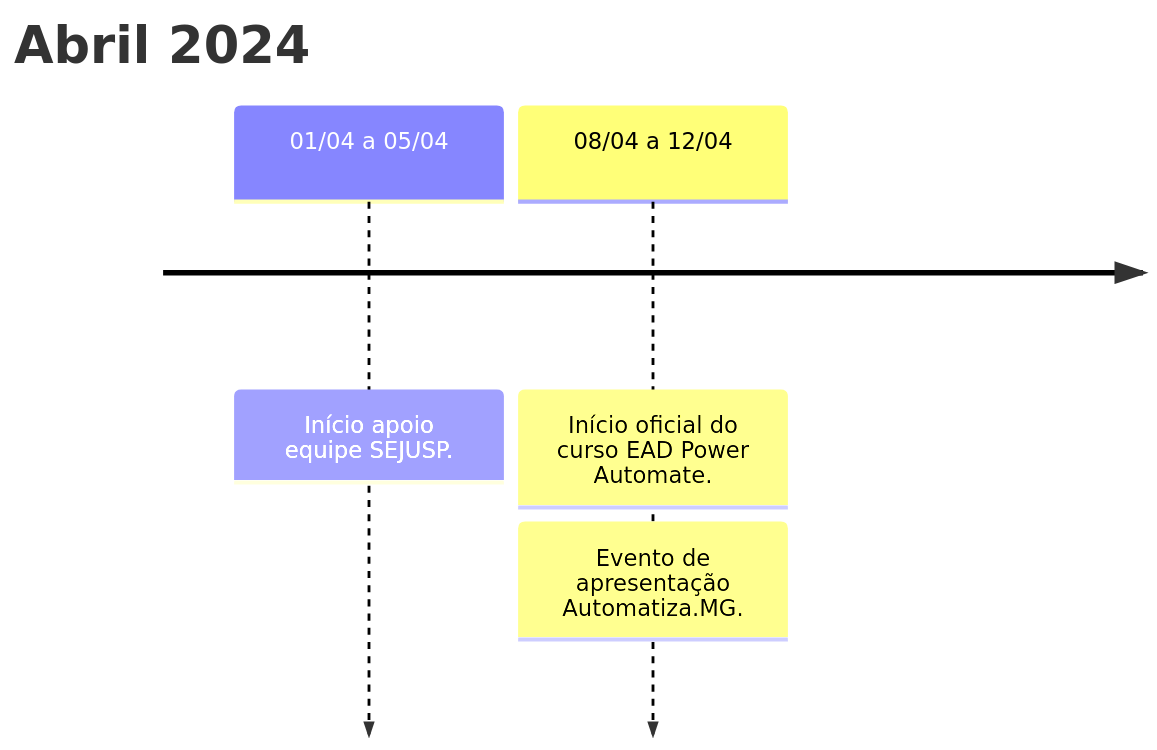
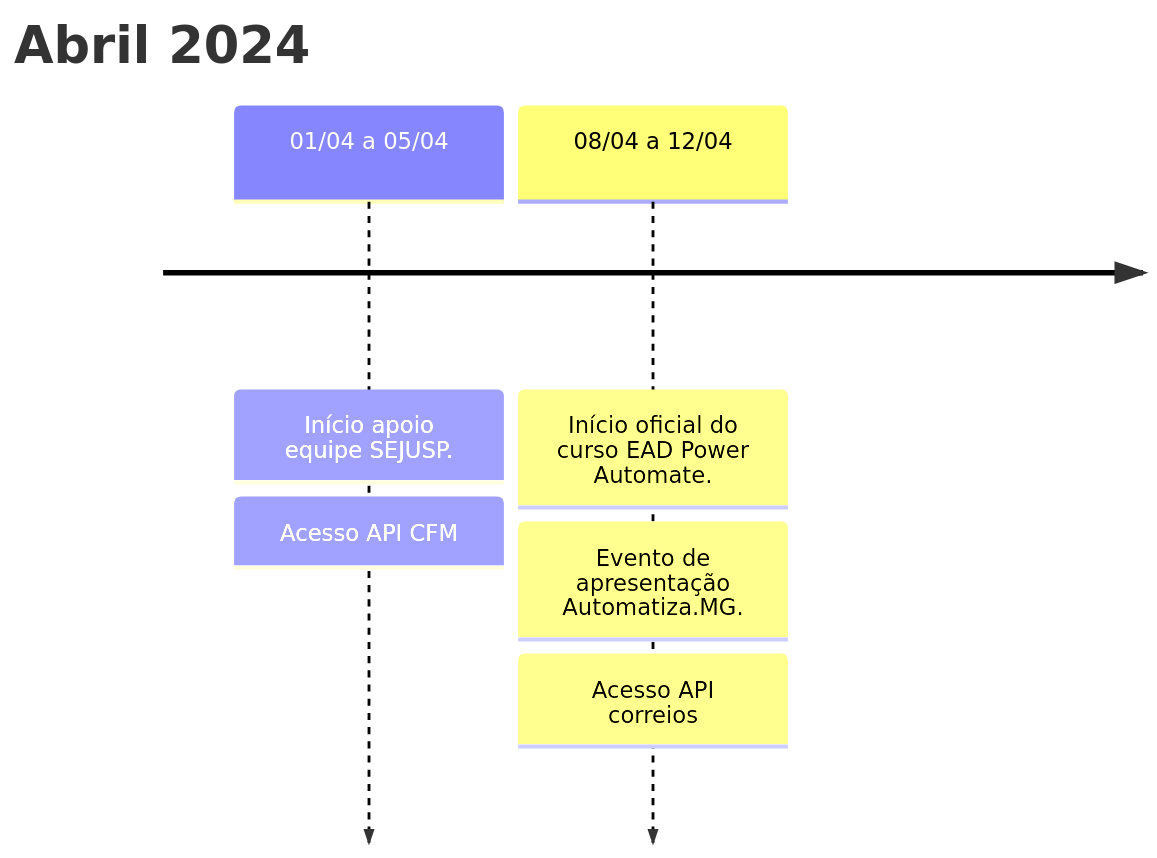
One commit to automatiza-mg/handbook changed the fourth of 4 diagrams in docs/linha_do_tempo/automatiza_mg.md. Above: the diagram before and after it, drawn with Mermaid.

Commit message:
Add apis linha tempo automação
See #85

````diff
--- a/docs/linha_do_tempo/automatiza_mg.md
+++ b/docs/linha_do_tempo/automatiza_mg.md
@@ -69,7 +69,9 @@
 ```mermaid
 timeline
     title Abril 2024
     01/04 a 05/04 : Início apoio equipe SEJUSP.
+                  : Acesso API CFM
     08/04 a 12/04 : Início oficial do curso EAD Power Automate.
                   : Evento de apresentação Automatiza.MG.
+                  : Acesso API correios
 ```
````
